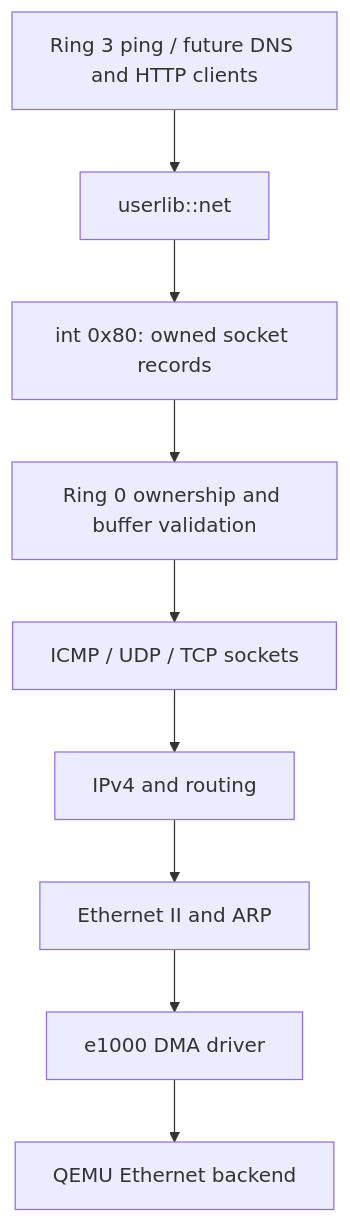
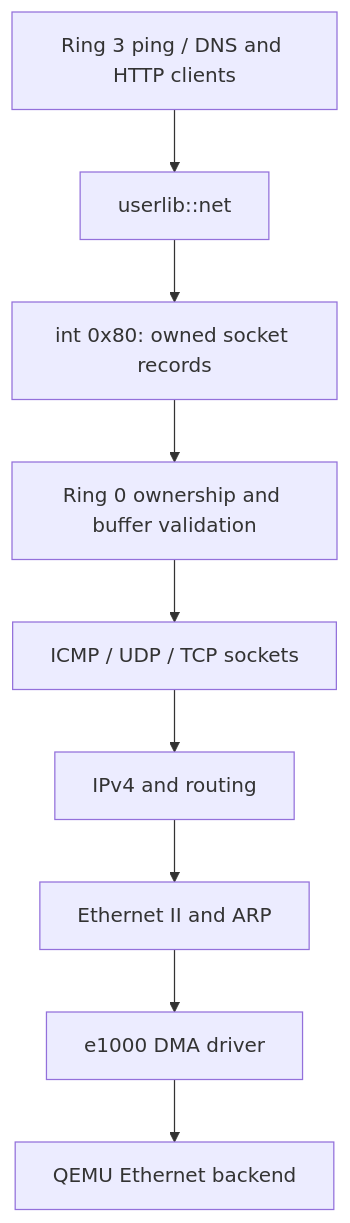
The diagram in docs/networking.md (JeromeCGithub/self_rust_os), drawn with Mermaid before and after one commit. The commit also changed other lines of this file and 146 other files, not shown here.

````diff
--- a/docs/networking.md
+++ b/docs/networking.md
@@ -20,11 +20,11 @@
 ```mermaid
 flowchart TB
-    A[Ring 3 ping / future DNS and HTTP clients] --> B[userlib::net]
+    A[Ring 3 ping / DNS and HTTP clients] --> B[userlib::net]
     B --> C[int 0x80: owned socket records]
     C --> D[Ring 0 ownership and buffer validation]
     D --> E[ICMP / UDP / TCP sockets]
     E --> F[IPv4 and routing]
     F --> G[Ethernet II and ARP]
     G --> H[e1000 DMA driver]
     H --> I[QEMU Ethernet backend]
 ```
````
